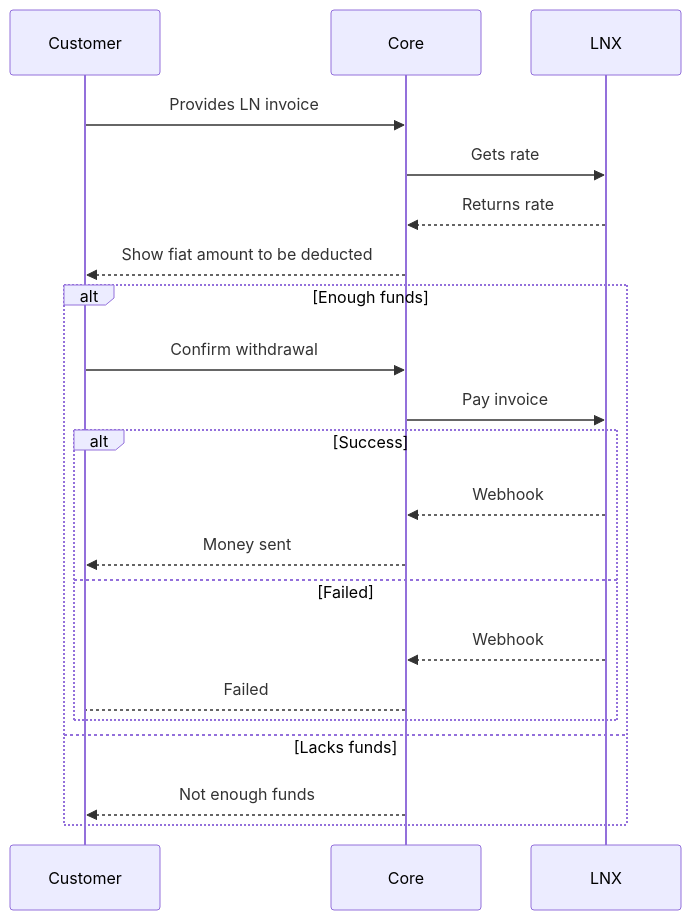
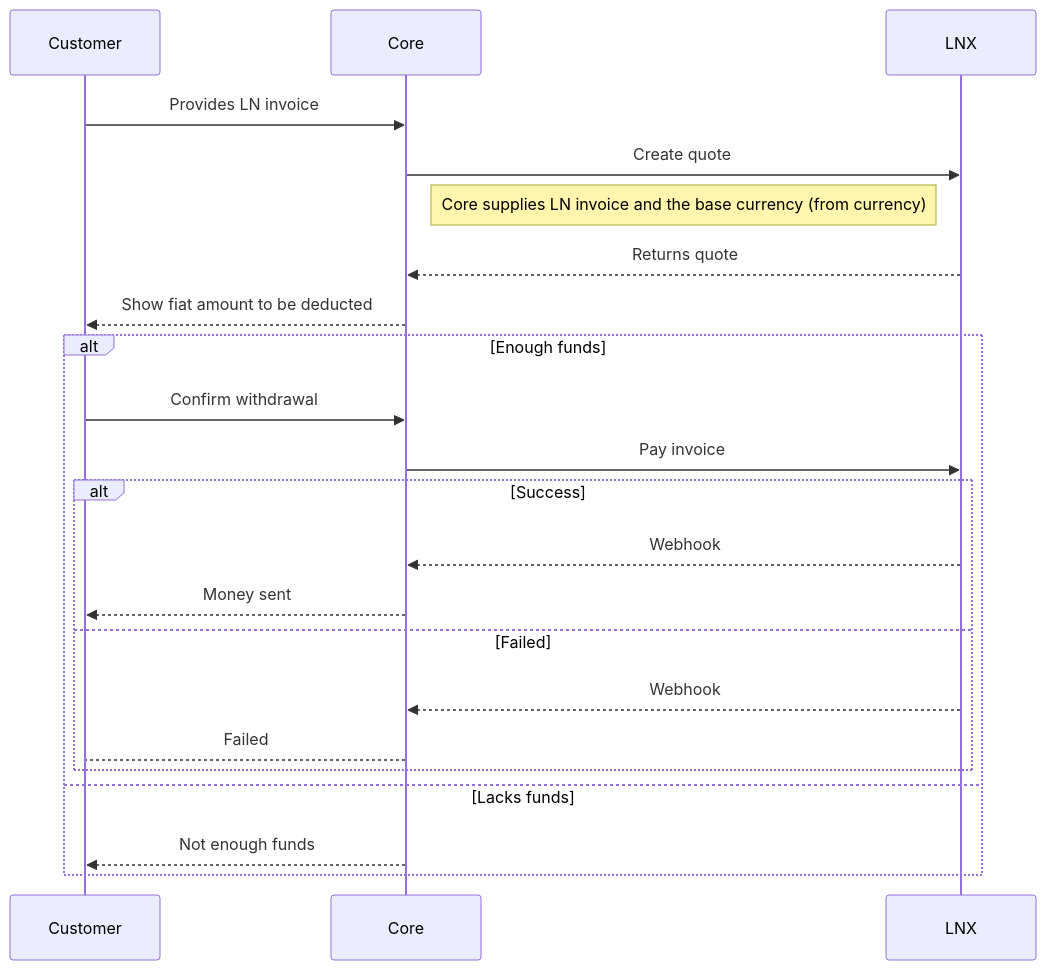
The second of 3 diagrams in 001-lnx-broker/readme.md (bloom-solutions/lnx-spec), drawn with Mermaid before and after one commit.

````diff
--- a/001-lnx-broker/readme.md
+++ b/001-lnx-broker/readme.md
@@ -34,23 +34,24 @@
 ```mermaid
 sequenceDiagram
     Participant Customer
     Participant Core
     Participant LNX
     Customer->>Core: Provides LN invoice
-    Core->>LNX: Gets rate
-    LNX-->>Core: Returns rate
+    Core->>LNX: Create quote
+    Note right of Core: Core supplies LN invoice and the base currency (from currency)
+    LNX-->>Core: Returns quote
     Core-->>Customer: Show fiat amount to be deducted
     alt Enough funds
         Customer->>Core: Confirm withdrawal
         Core->>LNX: Pay invoice
         alt Success
             LNX-->>Core: Webhook
             Core-->>Customer: Money sent
         else Failed
             LNX-->>Core: Webhook
             Core-->Customer: Failed
         end
     else Lacks funds
         Core-->>Customer: Not enough funds
     end
 ```
````
